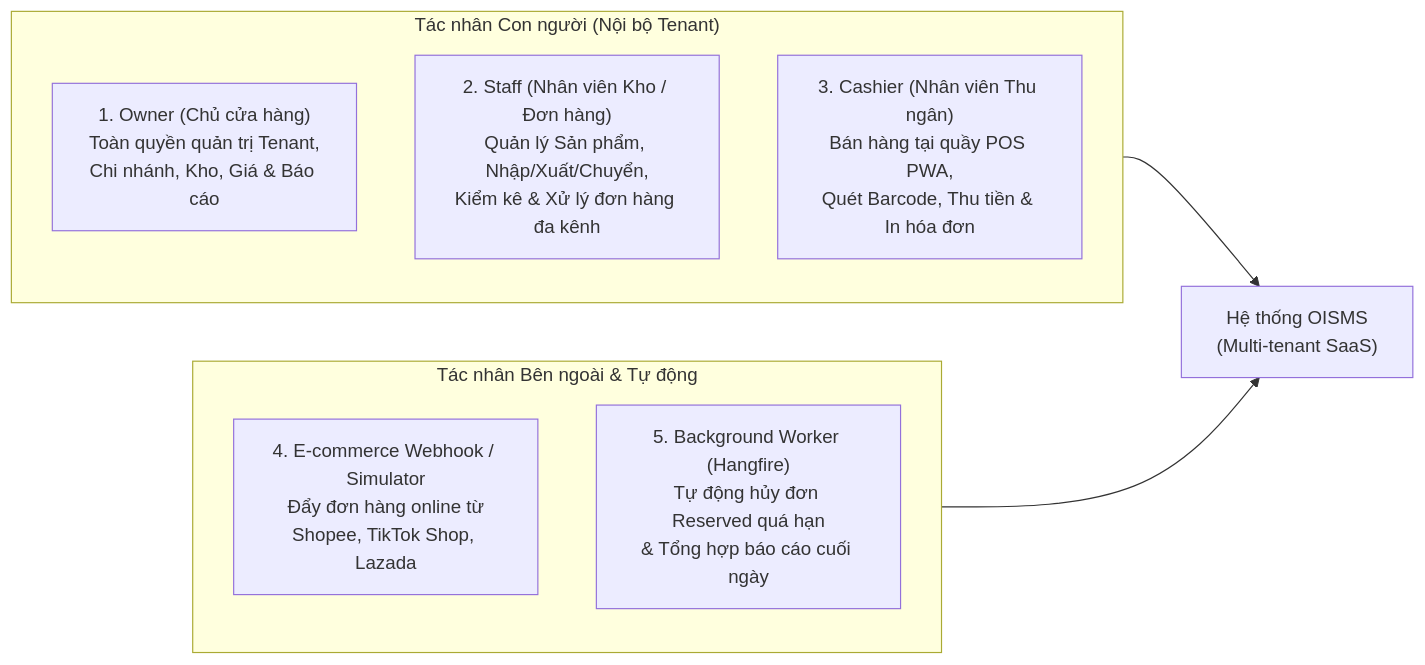
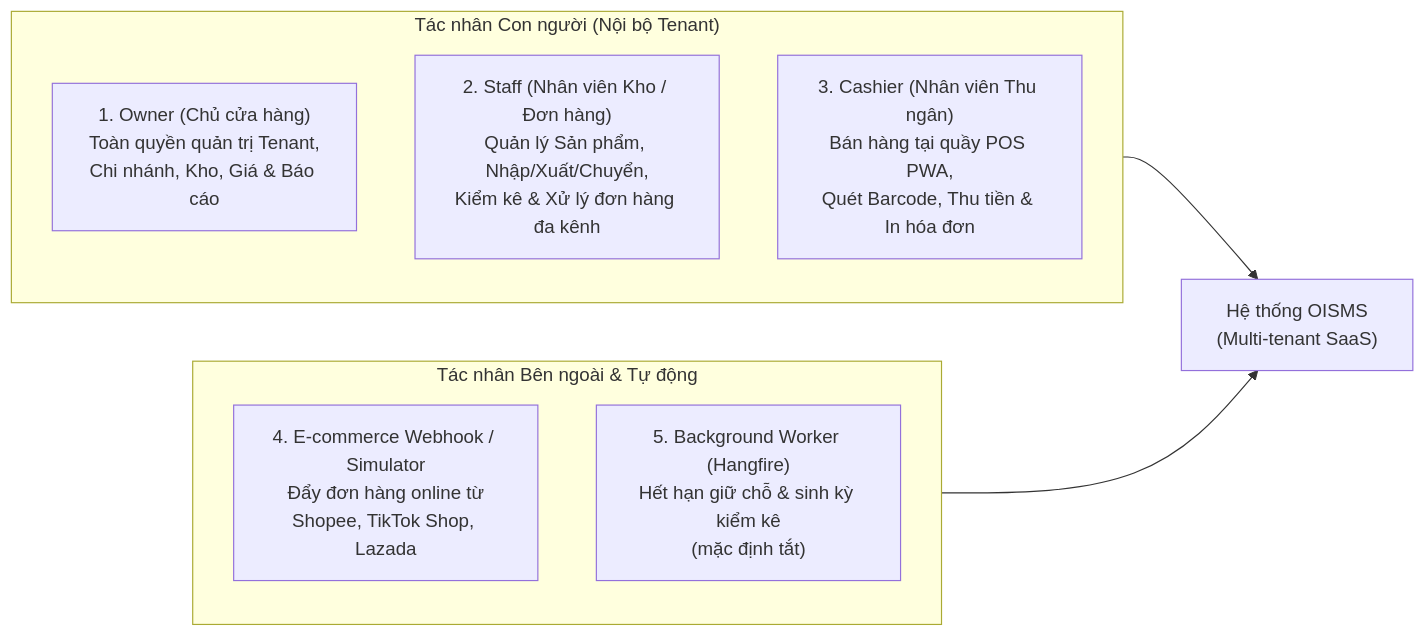
Before and after one commit to khoalvd839764-netizen/OISMS: the diagram in docs/01-users-and-rbac/01-actors-and-personas.md, drawn with Mermaid. The commit also changed other lines of this file and 103 other files, not shown here.

````diff
--- a/docs/01-users-and-rbac/01-actors-and-personas.md
+++ b/docs/01-users-and-rbac/01-actors-and-personas.md
@@ -23,16 +24,16 @@
 ```mermaid
 flowchart LR
     subgraph HumanActors["Tác nhân Con người (Nội bộ Tenant)"]
         A1["1. Owner (Chủ cửa hàng)<br/>Toàn quyền quản trị Tenant,<br/>Chi nhánh, Kho, Giá & Báo cáo"]
         A2["2. Staff (Nhân viên Kho / Đơn hàng)<br/>Quản lý Sản phẩm, Nhập/Xuất/Chuyển,<br/>Kiểm kê & Xử lý đơn hàng đa kênh"]
         A3["3. Cashier (Nhân viên Thu ngân)<br/>Bán hàng tại quầy POS PWA,<br/>Quét Barcode, Thu tiền & In hóa đơn"]
     end
 
     subgraph ExternalSystemActors["Tác nhân Bên ngoài & Tự động"]
         A4["4. E-commerce Webhook / Simulator<br/>Đẩy đơn hàng online từ<br/>Shopee, TikTok Shop, Lazada"]
-        A5["5. Background Worker (Hangfire)<br/>Tự động hủy đơn Reserved quá hạn<br/>& Tổng hợp báo cáo cuối ngày"]
+        A5["5. Background Worker (Hangfire)<br/>Hết hạn giữ chỗ & sinh kỳ kiểm kê<br/>(mặc định tắt)"]
     end
 
     HumanActors --> OISMS["Hệ thống OISMS<br/>(Multi-tenant SaaS)"]
     ExternalSystemActors --> OISMS
 ```
````
